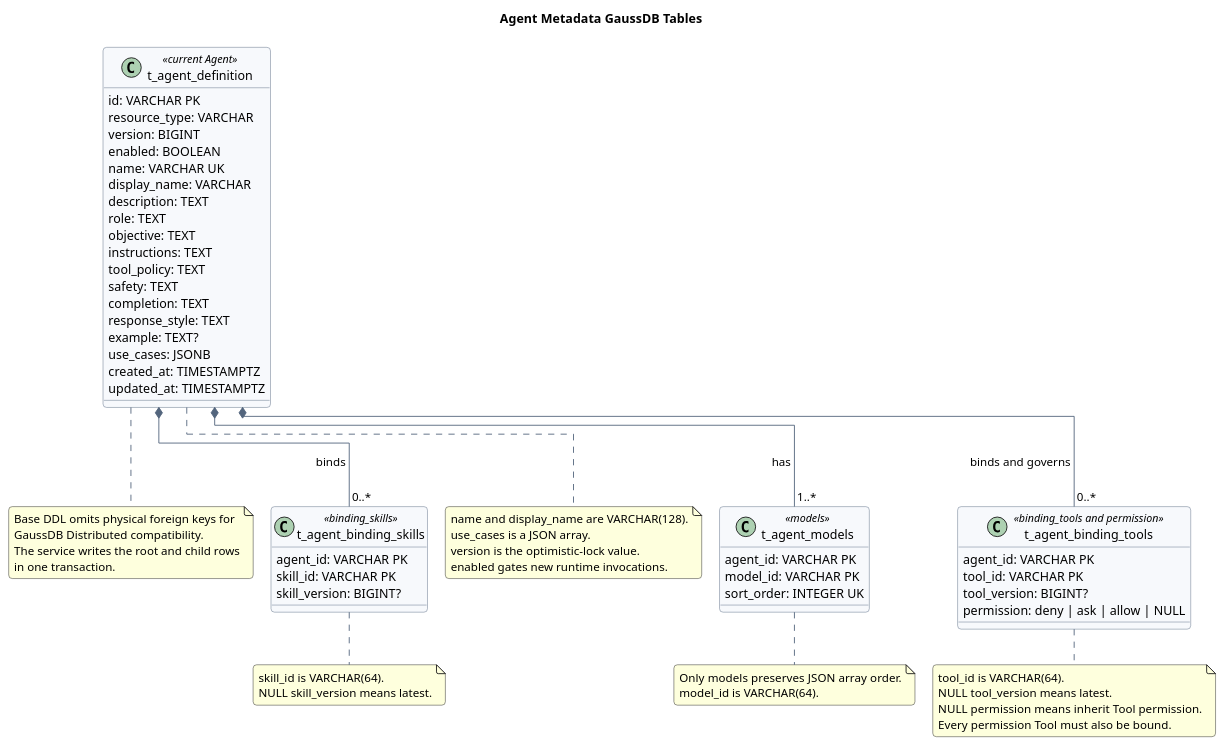
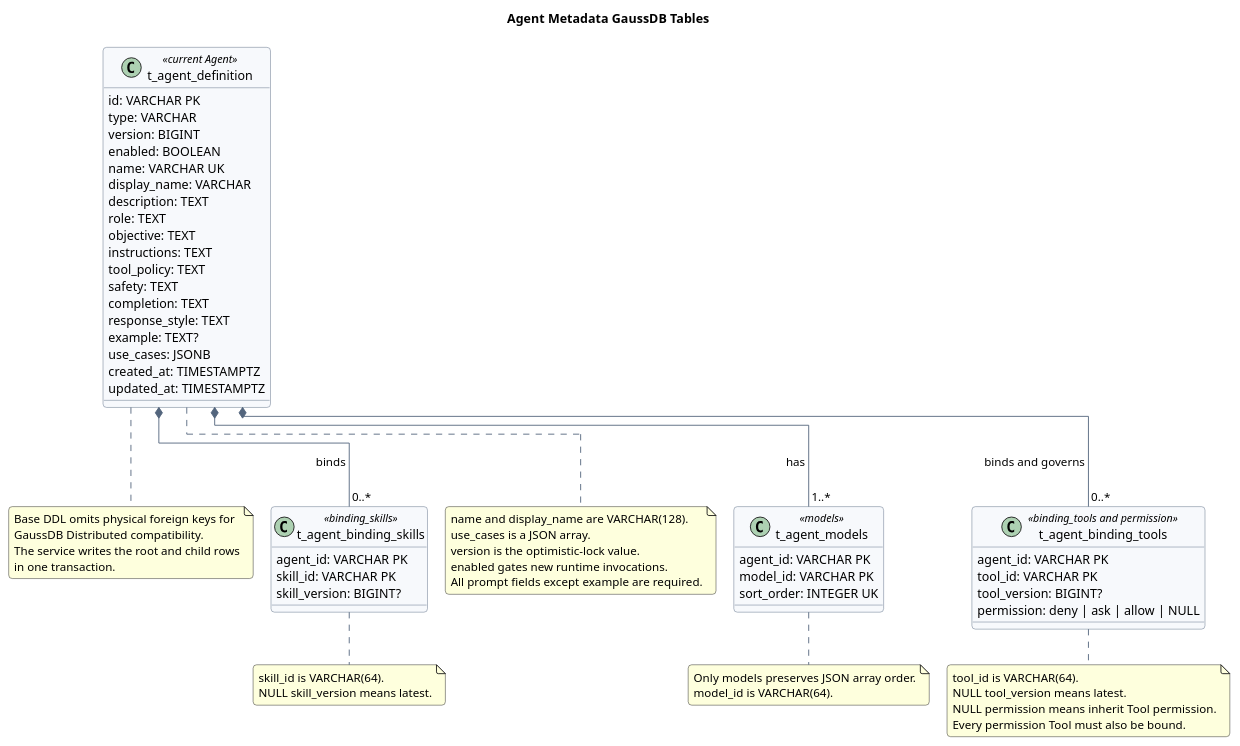
One commit to superheromeZzh/pi-mono-java-design changed the diagram in agent-metadata-gaussdb-design/diagram.puml. Above: the diagram before and after it, drawn with PlantUML. The commit also changed other lines of this file and 3 other files, not shown here.

Commit message:
docs(agent): clarify prompt fields and SQL comments

```diff
--- a/agent-metadata-gaussdb-design/diagram.puml
+++ b/agent-metadata-gaussdb-design/diagram.puml
@@ -6,106 +6,109 @@
 @startuml agent_metadata_gaussdb_model
 !pragma layout elk
 title Agent Metadata GaussDB Tables
 top to bottom direction
 
 skinparam backgroundColor #FFFFFF
 skinparam shadowing false
 skinparam roundcorner 8
 skinparam nodesep 45
 skinparam ranksep 50
 skinparam ArrowColor #53657D
 skinparam ClassBorderColor #53657D
 skinparam ClassBackgroundColor #F7F9FC
 skinparam classAttributeIconSize 0
 
 ' Source evidence:
 ' - Repository-relative path, Git-escaped:
 '   "AGENT\345\205\203\346\225\260\346\215\256\350\256\276\350\256\241.json":2-47.
 ' - Fields at lines 2-24 map to t_agent_definition; enabled is Boolean.
 ' - models at line 11 maps to the only ordered child table.
 ' - Tool binding and permission fields at lines 25-30 and 37-47 are merged.
 ' - Skill bindings at lines 31-36 have no order column.
 ' Observed behavior: the current JSON is a current-state Agent resource with a
 ' monotonically increasing version and no separate history resource.
 ' Design reason: fixed scalar and system prompt fields use typed columns,
 ' use_cases remains one JSON array, and independently queried references use tables.
+' Design reason: all system prompt fields except example are required so runtime
+' prompt assembly cannot silently omit behavior, safety, or completion rules.
 ' Product constraint: only model order is persisted; Tool and Skill order is not.
 ' GaussDB divergence: physical foreign keys are optional because GaussDB
 ' Distributed does not support them; the base DDL uses logical relationships.
 
 class t_agent_definition <<current Agent>> {
   id: VARCHAR PK
-  resource_type: VARCHAR
+  type: VARCHAR
   version: BIGINT
   enabled: BOOLEAN
   name: VARCHAR UK
   display_name: VARCHAR
   description: TEXT
   role: TEXT
   objective: TEXT
   instructions: TEXT
   tool_policy: TEXT
   safety: TEXT
   completion: TEXT
   response_style: TEXT
   example: TEXT?
   use_cases: JSONB
   created_at: TIMESTAMPTZ
   updated_at: TIMESTAMPTZ
 }
 
 class t_agent_models <<models>> {
   agent_id: VARCHAR PK
   model_id: VARCHAR PK
   sort_order: INTEGER UK
 }
 
 class t_agent_binding_tools <<binding_tools and permission>> {
   agent_id: VARCHAR PK
   tool_id: VARCHAR PK
   tool_version: BIGINT?
   permission: deny | ask | allow | NULL
 }
 
 class t_agent_binding_skills <<binding_skills>> {
   agent_id: VARCHAR PK
   skill_id: VARCHAR PK
   skill_version: BIGINT?
 }
 
 t_agent_definition *-- "1..*" t_agent_models : has
 t_agent_definition *-- "0..*" t_agent_binding_tools : binds and governs
 t_agent_definition *-- "0..*" t_agent_binding_skills : binds
 
 note right of t_agent_definition
 name and display_name are VARCHAR(128).
 use_cases is a JSON array.
 version is the optimistic-lock value.
 enabled gates new runtime invocations.
+All prompt fields except example are required.
 end note
 
 note right of t_agent_models
 Only models preserves JSON array order.
 model_id is VARCHAR(64).
 end note
 
 note bottom of t_agent_binding_tools
 tool_id is VARCHAR(64).
 NULL tool_version means latest.
 NULL permission means inherit Tool permission.
 Every permission Tool must also be bound.
 end note
 
 note bottom of t_agent_binding_skills
 skill_id is VARCHAR(64).
 NULL skill_version means latest.
 end note
 
 note bottom of t_agent_definition
 Base DDL omits physical foreign keys for
 GaussDB Distributed compatibility.
 The service writes the root and child rows
 in one transaction.
 end note
 
 @enduml
```
